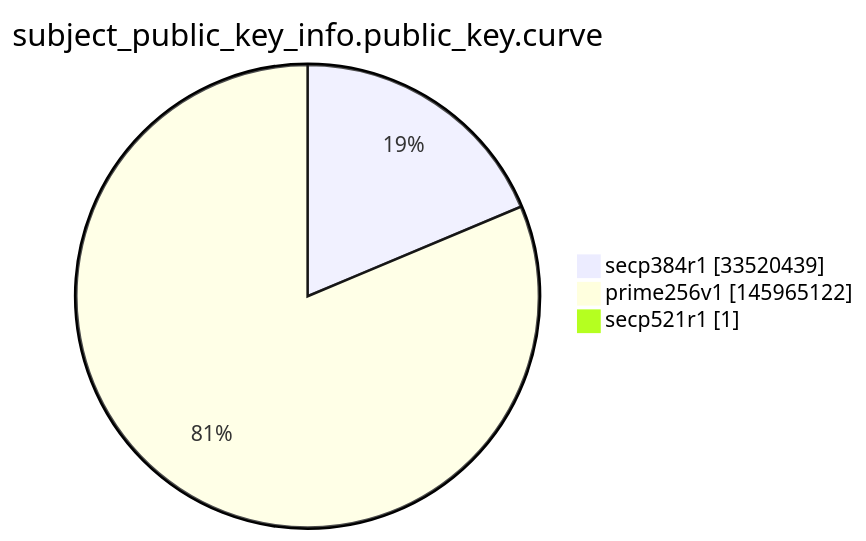
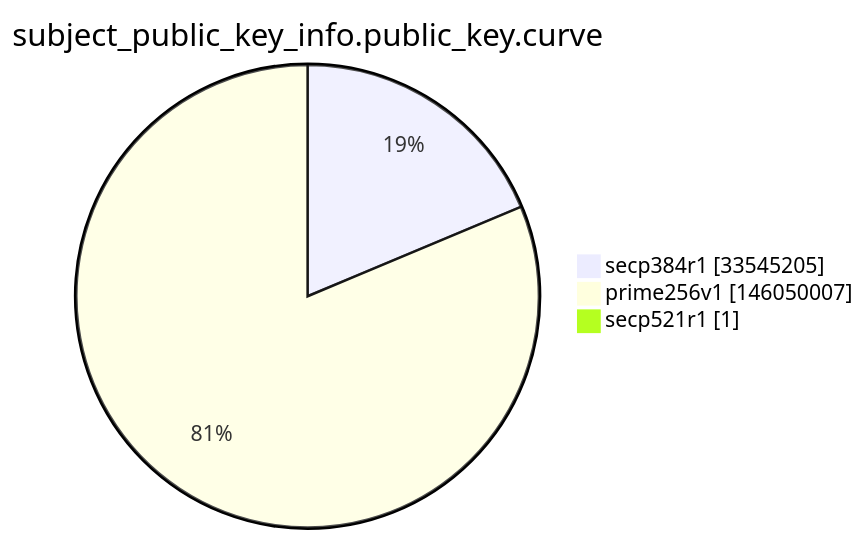
One commit to christiankrug/ctmonitor_visualization changed the ninth of 15 diagrams in argon2022/README.md. Above: the diagram before and after it, drawn with Mermaid. The commit also changed other lines of this file, not shown here.

````diff
--- a/argon2022/README.md
+++ b/argon2022/README.md
@@ -2764,7 +2764,7 @@
 ```mermaid
 pie showData
 title subject_public_key_info.public_key.curve
-"secp384r1" :33520439
-"prime256v1" :145965122
+"secp384r1" :33545205
+"prime256v1" :146050007
 "secp521r1" :1
 ```
````
